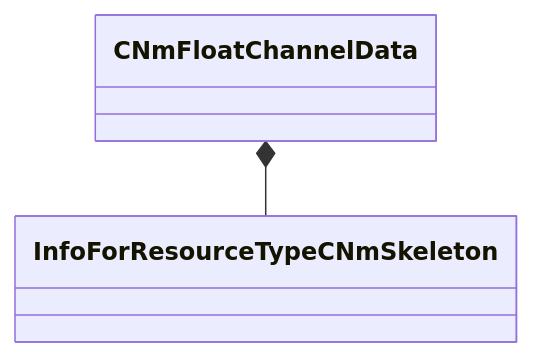
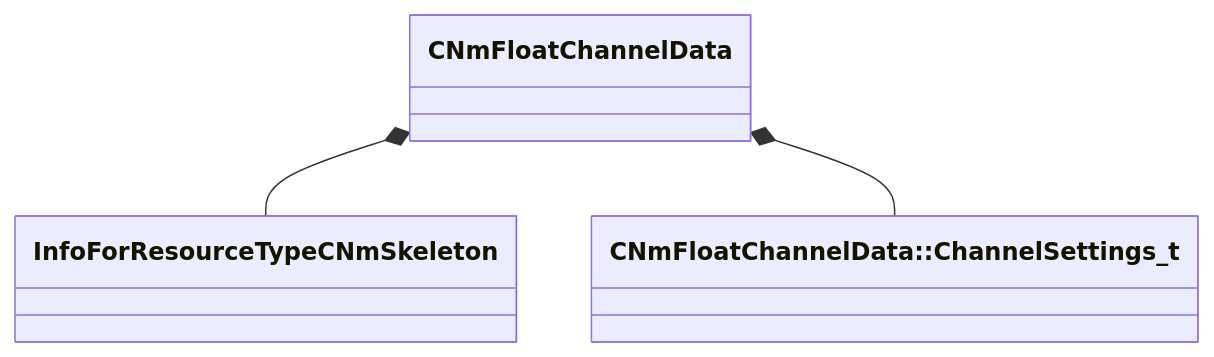
The diagram in docs/generated/schemas/animlib/CNmFloatChannelData.md (CS2OpenDev/CS2OpenDev-Docs), drawn with Mermaid before and after one commit. The commit also changed other lines of this file and 4525 other files, not shown here.

````diff
--- a/docs/generated/schemas/animlib/CNmFloatChannelData.md
+++ b/docs/generated/schemas/animlib/CNmFloatChannelData.md
@@ -15,4 +17,5 @@
 ```mermaid
 classDiagram
     CNmFloatChannelData *-- InfoForResourceTypeCNmSkeleton
+    CNmFloatChannelData *-- `CNmFloatChannelData::ChannelSettings_t`
 ```
````
